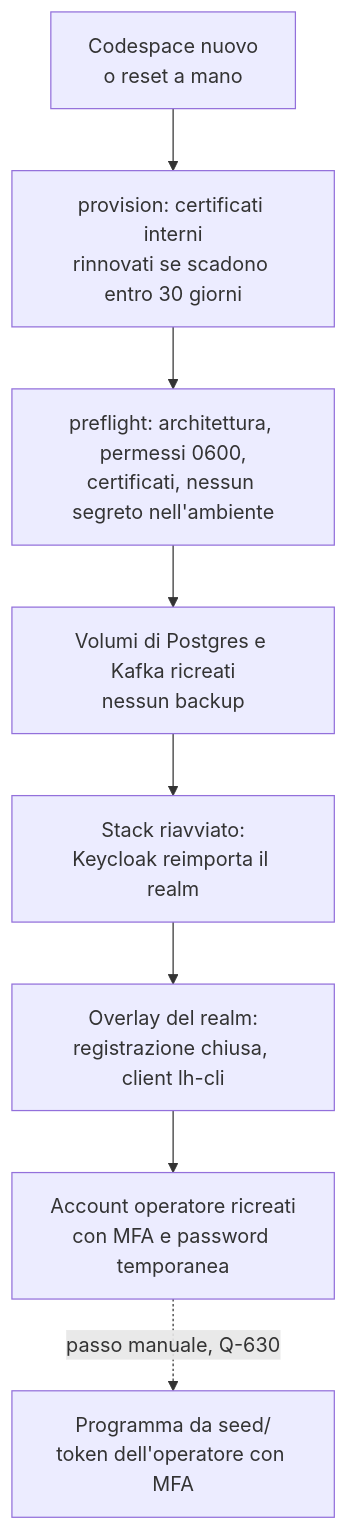
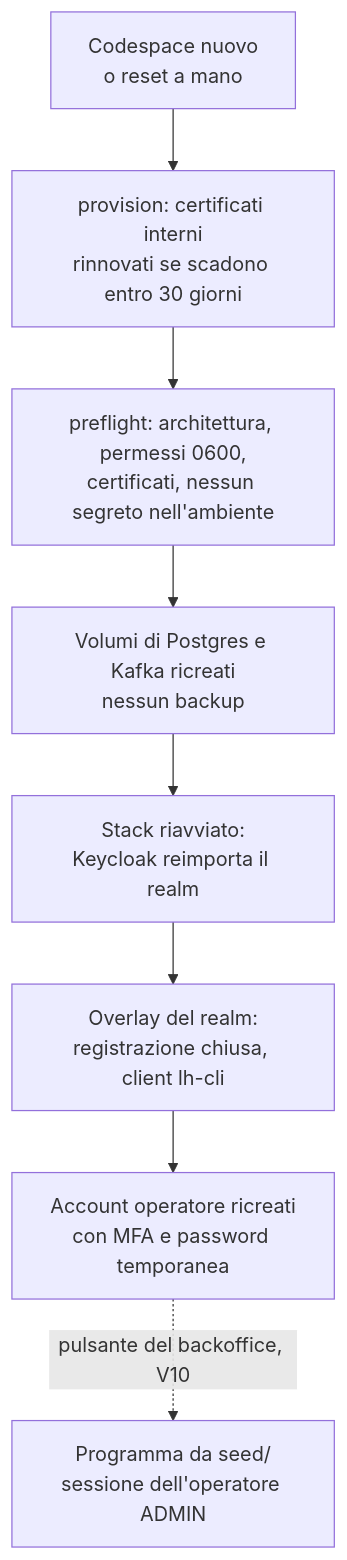
Before and after one commit to peppe-ruv/Loyalty_Sys: the fifth of 9 diagrams in concetti/vetrina-enterprise.mdx, drawn with Mermaid. The commit also changed other lines of this file and 30 other files, not shown here.

First line of the commit message:
feat(web): programma di esempio da un pulsante [F2-DIST-09, ADR-051, Q-617, Q-673, Q-675, Q-722, Q-723, docs/18 M8.14 V10] (#220)

````diff
--- a/concetti/vetrina-enterprise.mdx
+++ b/concetti/vetrina-enterprise.mdx
@@ -184,12 +184,12 @@
 ```mermaid
 flowchart TD
   accTitle: Azzeramento della vetrina enterprise
-  accDescr: A ogni azzeramento, cioè un codespace nuovo o il comando a mano, lo script rinnova i certificati interni in scadenza, ripete i controlli, ricrea i volumi di Postgres e Kafka, riavvia lo stack con il realm reimportato, applica l'overlay del realm e ricrea gli account operatore. La configurazione del programma la riapplica poi un operatore con il Device Authorization Grant e la MFA.
+  accDescr: A ogni azzeramento, cioè un codespace nuovo o il comando a mano, lo script rinnova i certificati interni in scadenza, ripete i controlli, ricrea i volumi di Postgres e Kafka, riavvia lo stack con il realm reimportato, applica l'overlay del realm e ricrea gli account operatore. La configurazione del programma la riapplica poi un operatore `ADMIN` dal pulsante del backoffice.
   T[Codespace nuovo<br/>o reset a mano] --> P[provision: certificati interni<br/>rinnovati se scadono entro 30 giorni]
   P --> C[preflight: architettura, permessi 0600,<br/>certificati, nessun segreto nell'ambiente]
   C --> D[Volumi di Postgres e Kafka ricreati<br/>nessun backup]
   D --> U[Stack riavviato:<br/>Keycloak reimporta il realm]
   U --> O[Overlay del realm:<br/>registrazione chiusa, client lh-cli]
   O --> A[Account operatore ricreati<br/>con MFA e password temporanea]
-  A -.->|passo manuale, Q-630| G[Programma da seed/<br/>token dell'operatore con MFA]
+  A -.->|pulsante del backoffice, V10| G[Programma da seed/<br/>sessione dell'operatore ADMIN]
 ```
````
